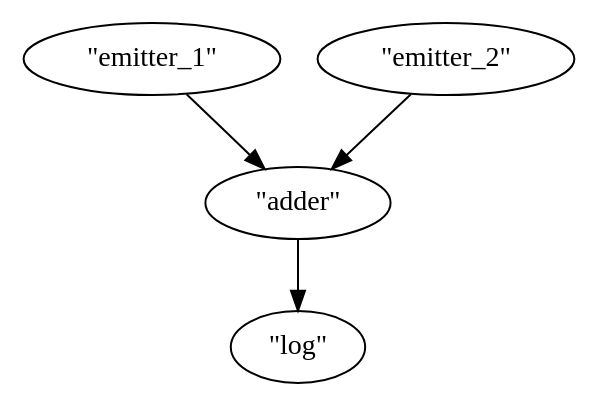
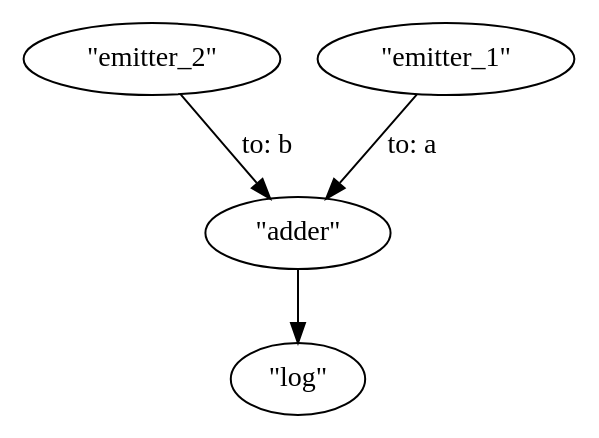
Before and after one commit to ungerpeter/cillio: the diagram in assets/sum_graph.dot, drawn with Graphviz. The commit also changed 5 other files, not shown here.

```diff
--- a/assets/sum_graph.dot
+++ b/assets/sum_graph.dot
@@ -1,9 +1,9 @@
 digraph {
-    0 [ label = "\"emitter_1\"" ]
-    1 [ label = "\"log\"" ]
-    2 [ label = "\"adder\"" ]
-    3 [ label = "\"emitter_2\"" ]
-    0 -> 2 [ ]
-    3 -> 2 [ ]
-    2 -> 1 [ ]
+    0 [ label = "\"emitter_2\"" ]
+    1 [ label = "\"adder\"" ]
+    2 [ label = "\"log\"" ]
+    3 [ label = "\"emitter_1\"" ]
+    3 -> 1 [ label="to: a"]
+    0 -> 1 [ label="to: b"]
+    1 -> 2 [ label=""]
 }
```
